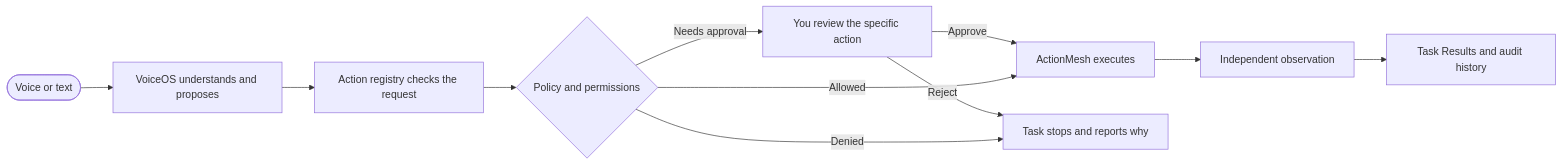
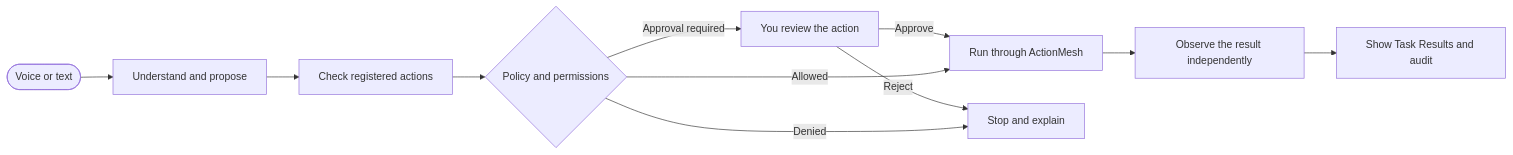
The diagram in README.md (abhijeetmiskin1/ActionMesh), drawn with Mermaid before and after one commit. The commit also changed other lines of this file and 1 other file, not shown here.

````diff
--- a/README.md
+++ b/README.md
@@ -46,13 +51,13 @@
 ```mermaid
 flowchart LR
-    U([Voice or text]) --> V[VoiceOS understands and proposes]
-    V --> R[Action registry checks the request]
+    U([Voice or text]) --> V[Understand and propose]
+    V --> R[Check registered actions]
     R --> P{Policy and permissions}
-    P -->|Needs approval| H[You review the specific action]
-    H -->|Approve| X[ActionMesh executes]
+    P -->|Approval required| H[You review the action]
+    H -->|Approve| X[Run through ActionMesh]
     P -->|Allowed| X
-    H -->|Reject| N[Task stops and reports why]
-    P -->|Denied| N
-    X --> O[Independent observation]
-    O --> T[Task Results and audit history]
+    H -->|Reject| S[Stop and explain]
+    P -->|Denied| S
+    X --> O[Observe the result independently]
+    O --> T[Show Task Results and audit]
 ```
````
